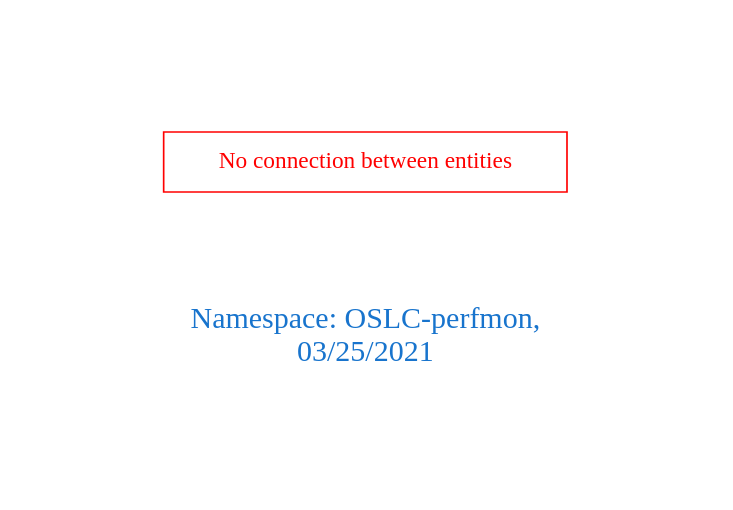
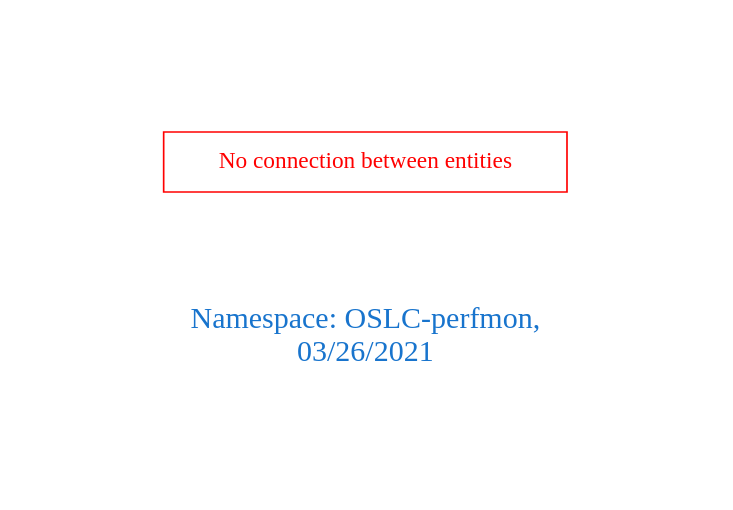
One commit to arago/OGIT changed the diagram in downloads/OSLC-perfmon.dot. Above: the diagram before and after it, drawn with Graphviz. The commit also changed 1848 other files, not shown here.

```diff
--- a/downloads/OSLC-perfmon.dot
+++ b/downloads/OSLC-perfmon.dot
@@ -1,9 +1,9 @@
 digraph OGIT_ontology {
  graph [ rankdir= LR,pad=1 
 fontsize = 18,
-fontcolor= dodgerblue3,label = "\n\n\nNamespace: OSLC-perfmon, \n 03/25/2021"];
+fontcolor= dodgerblue3,label = "\n\n\nNamespace: OSLC-perfmon, \n 03/26/2021"];
 node[shape=polygon];
 edge [  color="gray81"];
 
 "No connection between entities" [fontcolor = "red",color="red", shape="polygon"]
 }
```
